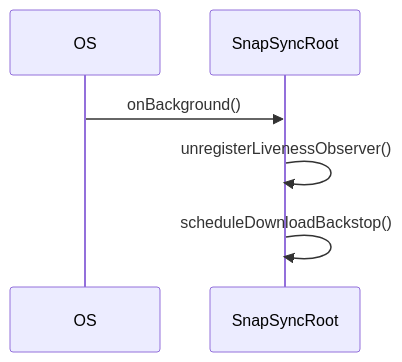
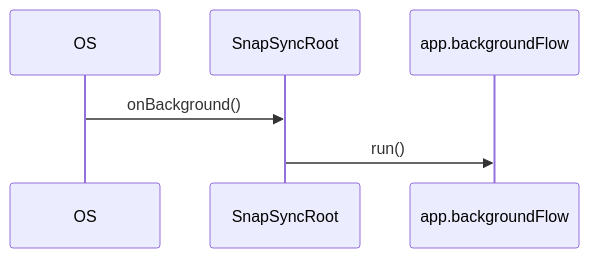
The diagram in architecture/flows/onBackground.md (stefanhoelzl/SnapSync), drawn with Mermaid before and after one commit. The commit also changed other lines of this file and 31 other files, not shown here.

````diff
--- a/architecture/flows/onBackground.md
+++ b/architecture/flows/onBackground.md
@@ -12,8 +12,8 @@
 ```mermaid
 sequenceDiagram
   participant OS
   participant SnapSyncRoot
+  participant app_backgroundFlow as app.backgroundFlow
   OS->>SnapSyncRoot: onBackground()
-  SnapSyncRoot->>SnapSyncRoot: unregisterLivenessObserver()
-  SnapSyncRoot->>SnapSyncRoot: scheduleDownloadBackstop()
+  SnapSyncRoot->>app_backgroundFlow: run()
 ```
````
